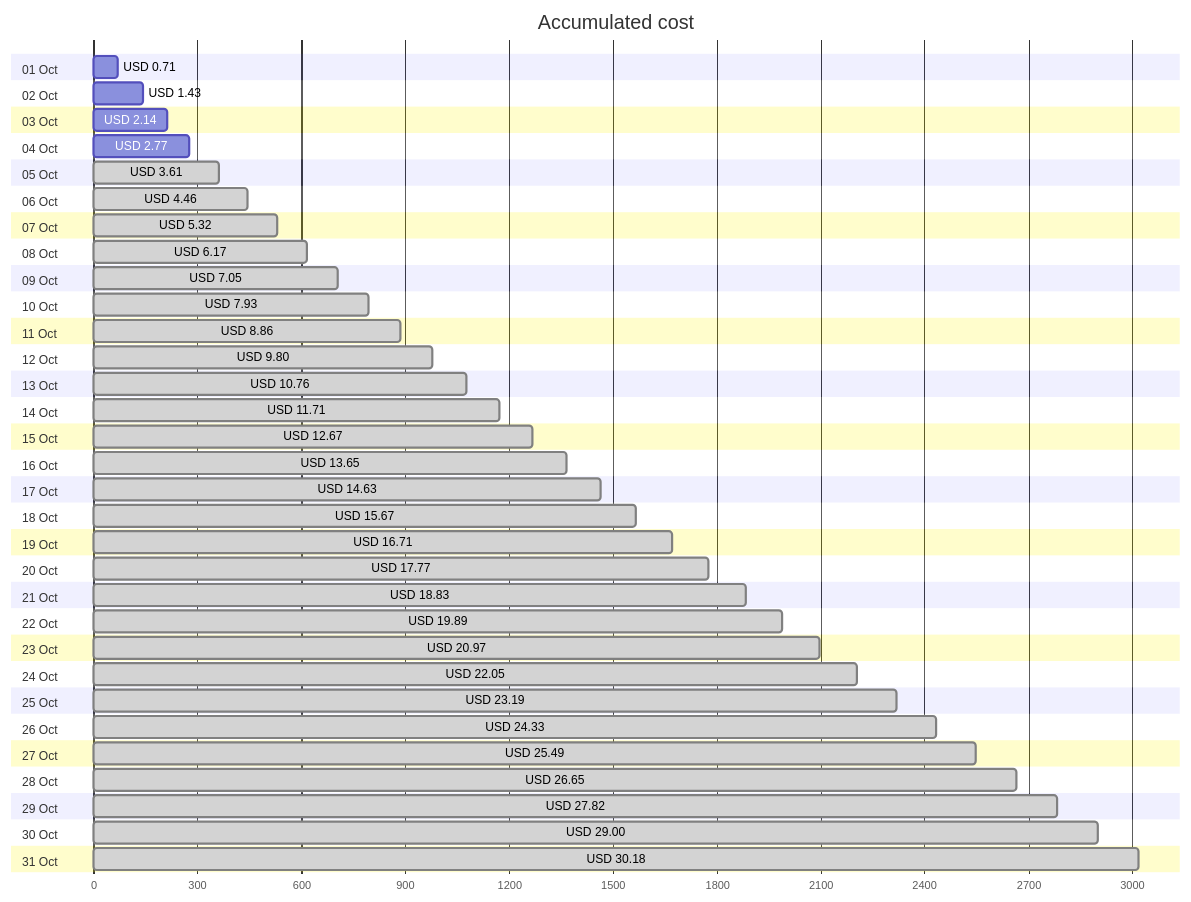
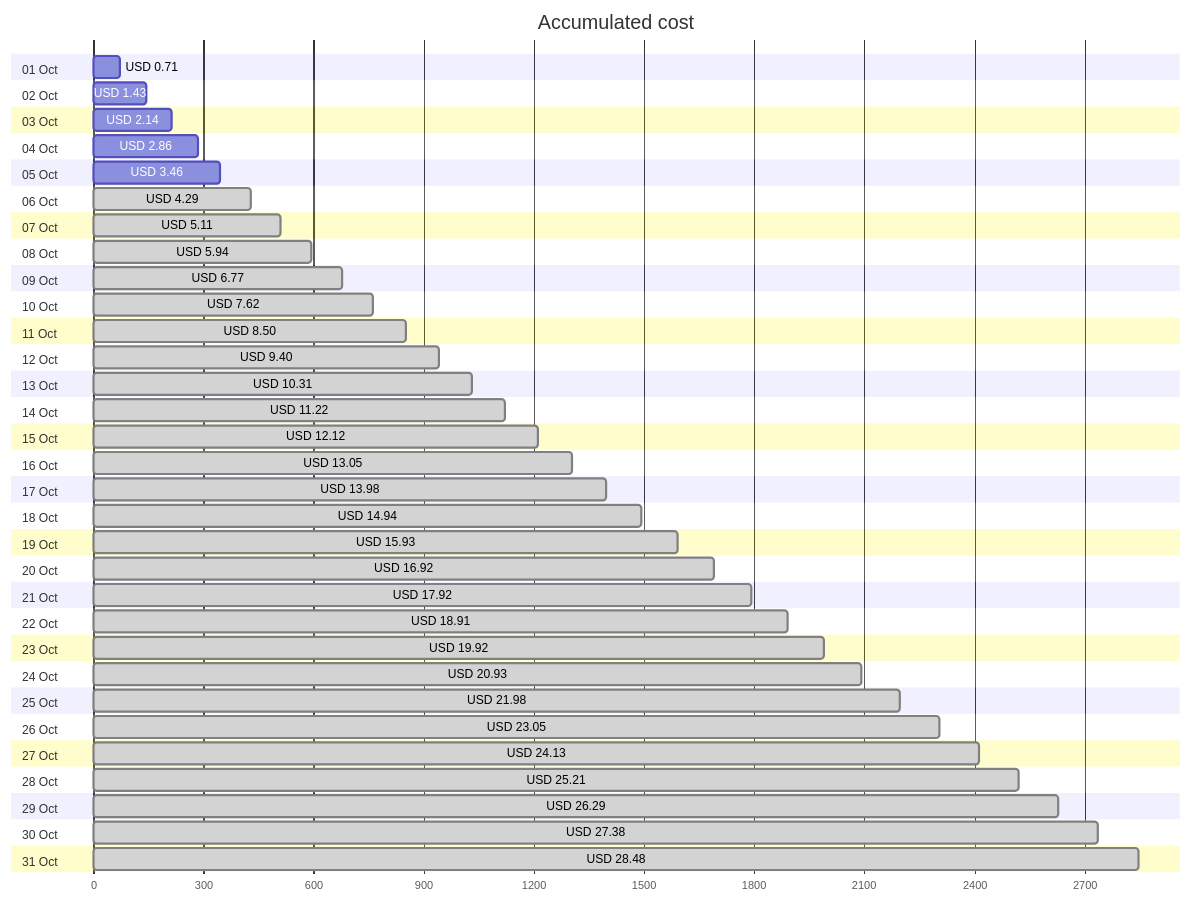
Before and after one commit to jpfulton/azure-personal-reports: the first of 4 diagrams in cost-reports/personal-network/backup-server-data-disk.md, drawn with Mermaid. The commit also changed other lines of this file and 8 other files, not shown here.

````diff
--- a/cost-reports/personal-network/backup-server-data-disk.md
+++ b/cost-reports/personal-network/backup-server-data-disk.md
@@ -20,68 +20,68 @@
 ```mermaid
 gantt
    title Accumulated cost
    dateFormat  X
    axisFormat %s
    section 01 Oct
    USD 0.71 :0, 71
    section 02 Oct
    USD 1.43 :0, 143
    section 03 Oct
    USD 2.14 :0, 214
    section 04 Oct
-   USD 2.77 :0, 277
+   USD 2.86 :0, 286
    section 05 Oct
-   USD 3.61 : done, 0, 361
+   USD 3.46 :0, 346
    section 06 Oct
-   USD 4.46 : done, 0, 446
+   USD 4.29 : done, 0, 429
    section 07 Oct
-   USD 5.32 : done, 0, 532
+   USD 5.11 : done, 0, 511
    section 08 Oct
-   USD 6.17 : done, 0, 617
+   USD 5.94 : done, 0, 594
    section 09 Oct
-   USD 7.05 : done, 0, 705
+   USD 6.77 : done, 0, 677
    section 10 Oct
-   USD 7.93 : done, 0, 793
+   USD 7.62 : done, 0, 762
    section 11 Oct
-   USD 8.86 : done, 0, 886
+   USD 8.50 : done, 0, 850
    section 12 Oct
-   USD 9.80 : done, 0, 980
+   USD 9.40 : done, 0, 940
    section 13 Oct
-   USD 10.76 : done, 0, 1076
+   USD 10.31 : done, 0, 1031
    section 14 Oct
-   USD 11.71 : done, 0, 1171
+   USD 11.22 : done, 0, 1122
    section 15 Oct
-   USD 12.67 : done, 0, 1267
+   USD 12.12 : done, 0, 1212
    section 16 Oct
-   USD 13.65 : done, 0, 1365
+   USD 13.05 : done, 0, 1305
    section 17 Oct
-   USD 14.63 : done, 0, 1463
+   USD 13.98 : done, 0, 1398
    section 18 Oct
-   USD 15.67 : done, 0, 1567
+   USD 14.94 : done, 0, 1494
    section 19 Oct
-   USD 16.71 : done, 0, 1671
+   USD 15.93 : done, 0, 1593
    section 20 Oct
-   USD 17.77 : done, 0, 1777
+   USD 16.92 : done, 0, 1692
    section 21 Oct
-   USD 18.83 : done, 0, 1883
+   USD 17.92 : done, 0, 1792
    section 22 Oct
-   USD 19.89 : done, 0, 1989
+   USD 18.91 : done, 0, 1891
    section 23 Oct
-   USD 20.97 : done, 0, 2097
+   USD 19.92 : done, 0, 1992
    section 24 Oct
-   USD 22.05 : done, 0, 2205
+   USD 20.93 : done, 0, 2093
    section 25 Oct
-   USD 23.19 : done, 0, 2319
+   USD 21.98 : done, 0, 2198
    section 26 Oct
-   USD 24.33 : done, 0, 2433
+   USD 23.05 : done, 0, 2305
    section 27 Oct
-   USD 25.49 : done, 0, 2549
+   USD 24.13 : done, 0, 2413
    section 28 Oct
-   USD 26.65 : done, 0, 2665
+   USD 25.21 : done, 0, 2521
    section 29 Oct
-   USD 27.82 : done, 0, 2782
+   USD 26.29 : done, 0, 2629
    section 30 Oct
-   USD 29.00 : done, 0, 2900
+   USD 27.38 : done, 0, 2738
    section 31 Oct
-   USD 30.18 : done, 0, 3018
+   USD 28.48 : done, 0, 2848
 ```
````
